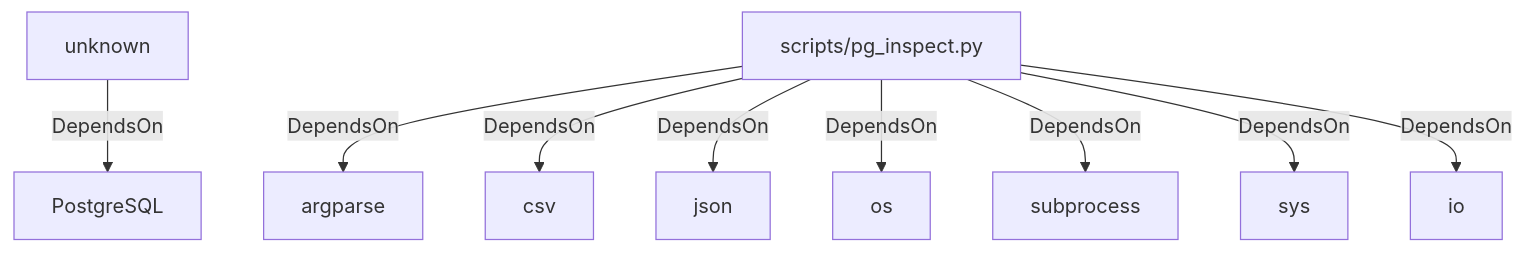
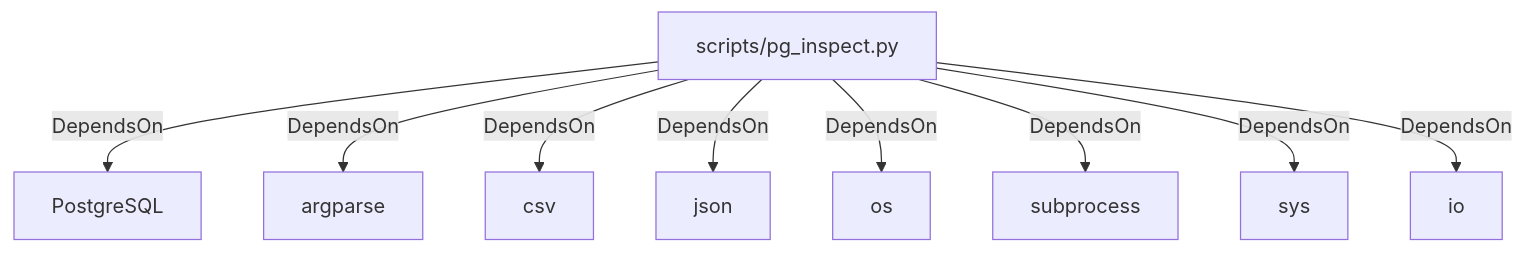
One commit to alexeyban/EKOS changed the diagram in doc/adf-pipelines/Architecture.md. Above: the diagram before and after it, drawn with Mermaid. The commit also changed other lines of this file and 552 other files, not shown here.

````diff
--- a/doc/adf-pipelines/Architecture.md
+++ b/doc/adf-pipelines/Architecture.md
@@ -33,21 +73,20 @@
 ```mermaid
 graph TD
-    ndba2b0ac82015f99b4cdf4aed1647a6b["unknown"]
+    nedb7dd60dbd0554c94b1d520028d1862["scripts/pg_inspect.py"]
     n970f26267a695d358ca586ff8b31cd4b["PostgreSQL"]
-    ndba2b0ac82015f99b4cdf4aed1647a6b -->|DependsOn| n970f26267a695d358ca586ff8b31cd4b
-    nedb7dd60dbd0554c94b1d520028d1862["scripts/pg_inspect.py"]
+    nedb7dd60dbd0554c94b1d520028d1862 -->|DependsOn| n970f26267a695d358ca586ff8b31cd4b
     n939830d7a98154d5894ee35bb6220a55["argparse"]
     nedb7dd60dbd0554c94b1d520028d1862 -->|DependsOn| n939830d7a98154d5894ee35bb6220a55
     n1d419fa3da60585fbd0d182f82c95eaf["csv"]
     nedb7dd60dbd0554c94b1d520028d1862 -->|DependsOn| n1d419fa3da60585fbd0d182f82c95eaf
     n4330d5b3c9dd54eba4bcb5db46824aed["json"]
     nedb7dd60dbd0554c94b1d520028d1862 -->|DependsOn| n4330d5b3c9dd54eba4bcb5db46824aed
     n53c5b0d9d9a653f0b298ac43e5a17a62["os"]
     nedb7dd60dbd0554c94b1d520028d1862 -->|DependsOn| n53c5b0d9d9a653f0b298ac43e5a17a62
     n3f78f8ede81f52baaa5a3339f22ec469["subprocess"]
     nedb7dd60dbd0554c94b1d520028d1862 -->|DependsOn| n3f78f8ede81f52baaa5a3339f22ec469
     n73a609fa02435a5cbe38bc73b816eccb["sys"]
     nedb7dd60dbd0554c94b1d520028d1862 -->|DependsOn| n73a609fa02435a5cbe38bc73b816eccb
     n48707c04a7795f83a8ab62c998008561["io"]
     nedb7dd60dbd0554c94b1d520028d1862 -->|DependsOn| n48707c04a7795f83a8ab62c998008561
 ```
````
